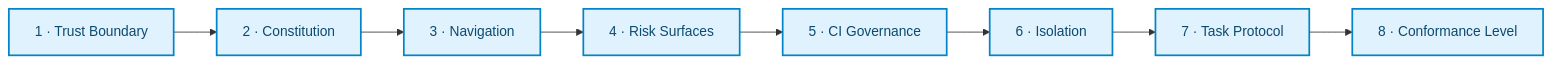
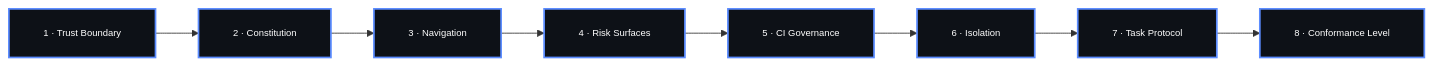
The eighth of 8 diagrams in README.md (drferdii/Monorepo-safrs), drawn with Mermaid before and after one commit. The commit also changed other lines of this file, not shown here.

````diff
--- a/README.md
+++ b/README.md
@@ -784,16 +813,17 @@
 ```mermaid
+%%{init: {"flowchart": {"htmlLabels": false, "padding": 20}, "themeVariables": {"fontFamily": "monospace", "fontSize": "11px"}}}%%
 flowchart LR
     L0["1 · Trust Boundary"]
     L1["2 · Constitution"]
     L2["3 · Navigation"]
     Risk["4 · Risk Surfaces"]
     CI["5 · CI Governance"]
     L3["6 · Isolation"]
     Task["7 · Task Protocol"]
     Conf["8 · Conformance Level"]
 
     L0 --> L1 --> L2 --> Risk --> CI --> L3 --> Task --> Conf
 
-    classDef stage fill:#E0F2FE,stroke:#0284C7,color:#0C4A6E,stroke-width:2px;
+    classDef stage fill:#0D1117,stroke:#5B8CFF,color:#ffffff,stroke-width:2px;
     class L0,L1,L2,Risk,CI,L3,Task,Conf stage;
 ```
````
